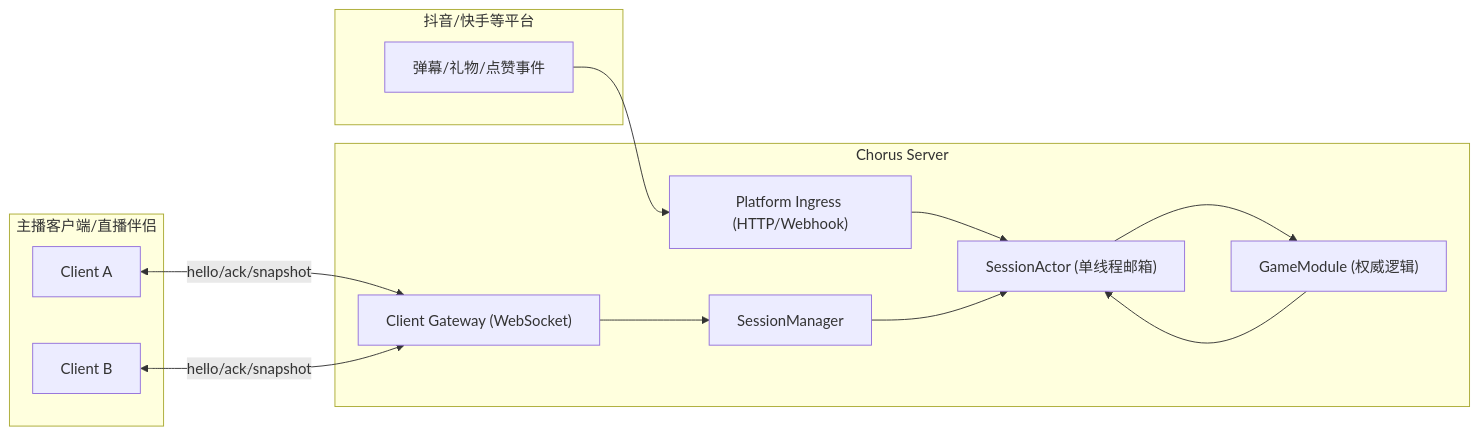
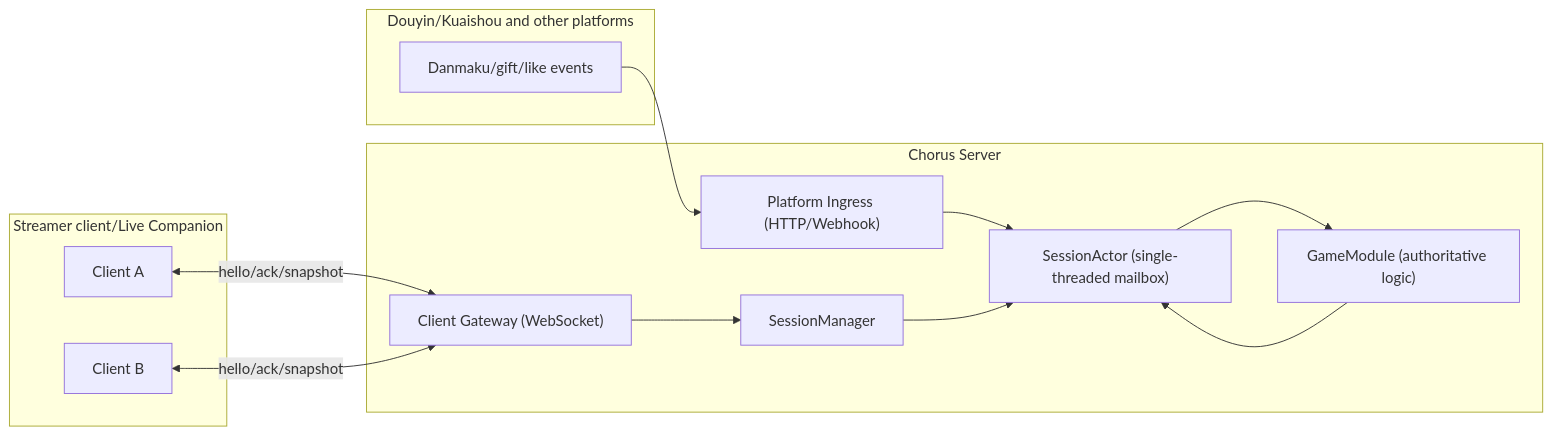
Before and after one commit to cuihairu/chorus: the diagram in docs/design/architecture.md, drawn with Mermaid. The commit also changed 59 other files, not shown here.

````diff
--- a/docs/design/architecture.md
+++ b/docs/design/architecture.md
@@ -10,25 +10,25 @@
 ```mermaid
 flowchart LR
-  subgraph Platform["抖音/快手等平台"]
-    P1["弹幕/礼物/点赞事件"]
+  subgraph Platform["Douyin/Kuaishou and other platforms"]
+    P1["Danmaku/gift/like events"]
   end
 
   subgraph Chorus["Chorus Server"]
     Ingress["Platform Ingress (HTTP/Webhook)"]
     GW["Client Gateway (WebSocket)"]
     SM["SessionManager"]
-    SA["SessionActor (单线程邮箱)"]
-    GM["GameModule (权威逻辑)"]
+    SA["SessionActor (single-threaded mailbox)"]
+    GM["GameModule (authoritative logic)"]
   end
 
-  subgraph Clients["主播客户端/直播伴侣"]
+  subgraph Clients["Streamer client/Live Companion"]
     C1["Client A"]
     C2["Client B"]
   end
 
   P1 --> Ingress --> SA
   C1 <-->|hello/ack/snapshot| GW --> SM --> SA
   C2 <-->|hello/ack/snapshot| GW
   SA --> GM
   GM --> SA
 ```
````
